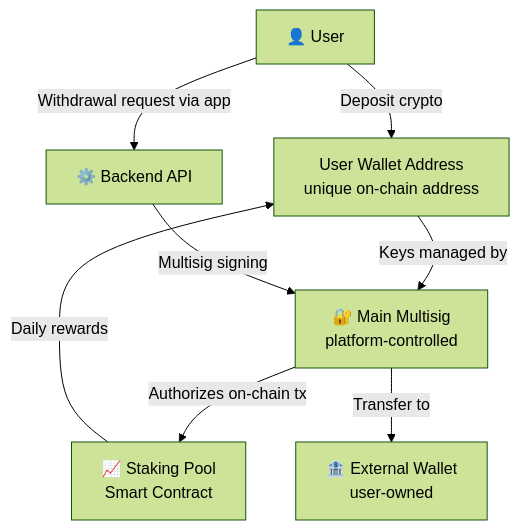
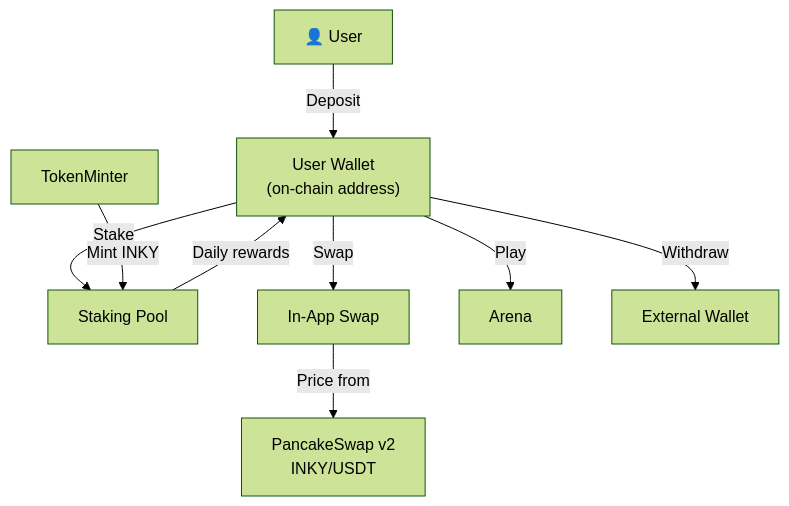
One commit to patrick-rayner/documentationai-Docs changed the diagram in introduction/how-it-works.mdx. Above: the diagram before and after it, drawn with Mermaid (forest theme). The commit also changed other lines of this file, not shown here.

````diff
--- a/introduction/how-it-works.mdx
+++ b/introduction/how-it-works.mdx
@@ -145,10 +147,11 @@
 ```mermaid
 graph TD
-    U["👤 User"] -->|"Deposit crypto"| UW["User Wallet Address\nunique on-chain address"]
-    UW -->|"Keys managed by"| MS["🔐 Main Multisig\nplatform-controlled"]
-    MS -->|"Authorizes on-chain tx"| SC["📈 Staking Pool\nSmart Contract"]
+    U["👤 User"] -->|"Deposit"| UW["User Wallet\n(on-chain address)"]
+    UW -->|"Stake"| SC["Staking Pool"]
+    UW -->|"Swap"| SW["In-App Swap"]
+    UW -->|"Play"| AR["Arena"]
     SC -->|"Daily rewards"| UW
-    U -->|"Withdrawal request via app"| API["⚙️ Backend API"]
-    API -->|"Multisig signing"| MS
-    MS -->|"Transfer to"| EXT["🏦 External Wallet\nuser-owned"]
+    UW -->|"Withdraw"| EXT["External Wallet"]
+    TM["TokenMinter"] -->|"Mint INKY"| SC
+    SW -->|"Price from"| PS["PancakeSwap v2\nINKY/USDT"]
 ```
````
